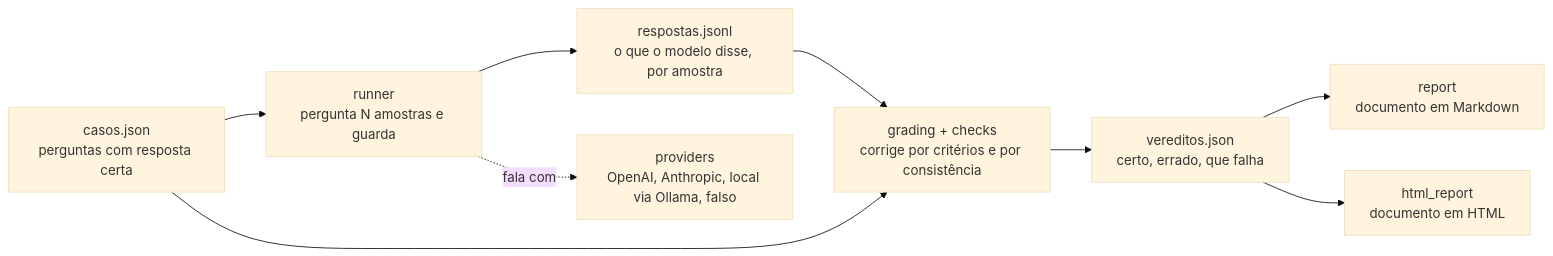
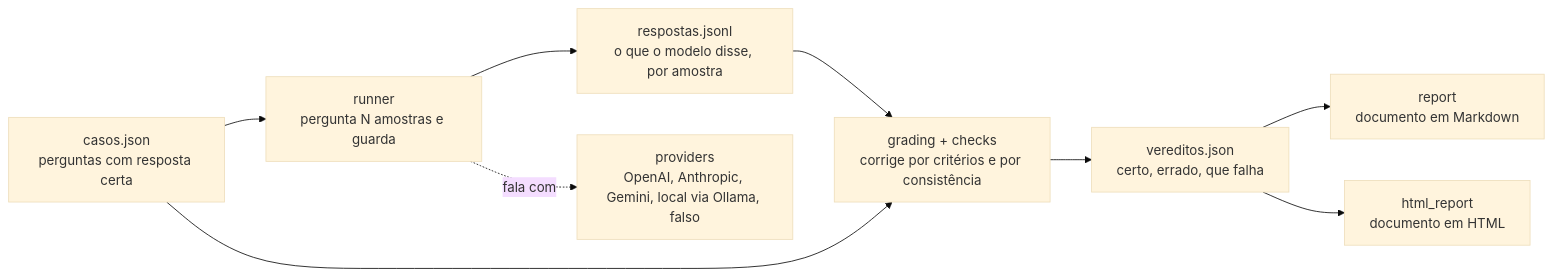
The diagram in docs/ARQUITETURA.md (fabiomalves84-sketch/aferidor), drawn with Mermaid (base theme) before and after one commit. The commit also changed 7 other files, not shown here.

````diff
--- a/docs/ARQUITETURA.md
+++ b/docs/ARQUITETURA.md
@@ -6,11 +6,11 @@
 ```mermaid
 flowchart LR
     A[casos.json<br/>perguntas com resposta certa] --> B[runner<br/>pergunta N amostras e guarda]
     B --> C[respostas.jsonl<br/>o que o modelo disse, por amostra]
     C --> D[grading + checks<br/>corrige por critérios e por consistência]
     A --> D
     D --> E[vereditos.json<br/>certo, errado, que falha]
     E --> F[report<br/>documento em Markdown]
     E --> G[html_report<br/>documento em HTML]
-    B -.fala com.-> P[providers<br/>OpenAI, Anthropic, local via Ollama, falso]
+    B -.fala com.-> P[providers<br/>OpenAI, Anthropic, Gemini, local via Ollama, falso]
 ```
````
